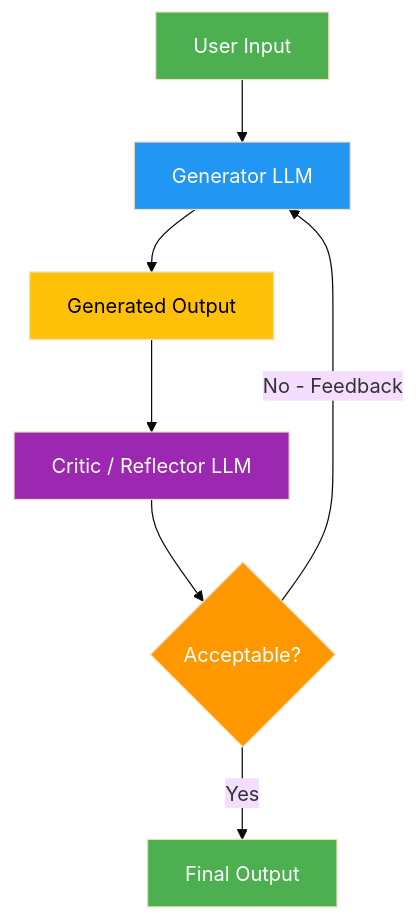
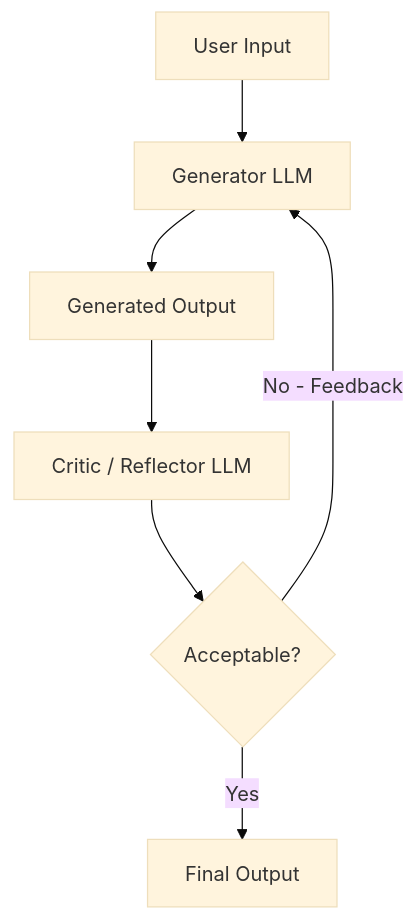
The seventh of 11 diagrams in README.md (saisrinivas-samoju/agentic_architectures), drawn with Mermaid (base theme) before and after one commit. The commit also changed other lines of this file and 20 other files, not shown here.

````diff
--- a/README.md
+++ b/README.md
@@ -310,16 +320,9 @@
 ```mermaid
 flowchart TD
     A[User Input] --> B[Generator LLM]
     B --> C[Generated Output]
     C --> D[Critic / Reflector LLM]
     D --> E{Acceptable?}
     E -->|No - Feedback| B
     E -->|Yes| F[Final Output]
-
-    style A fill:#4CAF50,color:#fff
-    style B fill:#2196F3,color:#fff
-    style C fill:#FFC107,color:#000
-    style D fill:#9C27B0,color:#fff
-    style E fill:#FF9800,color:#fff
-    style F fill:#4CAF50,color:#fff
 ```
````
